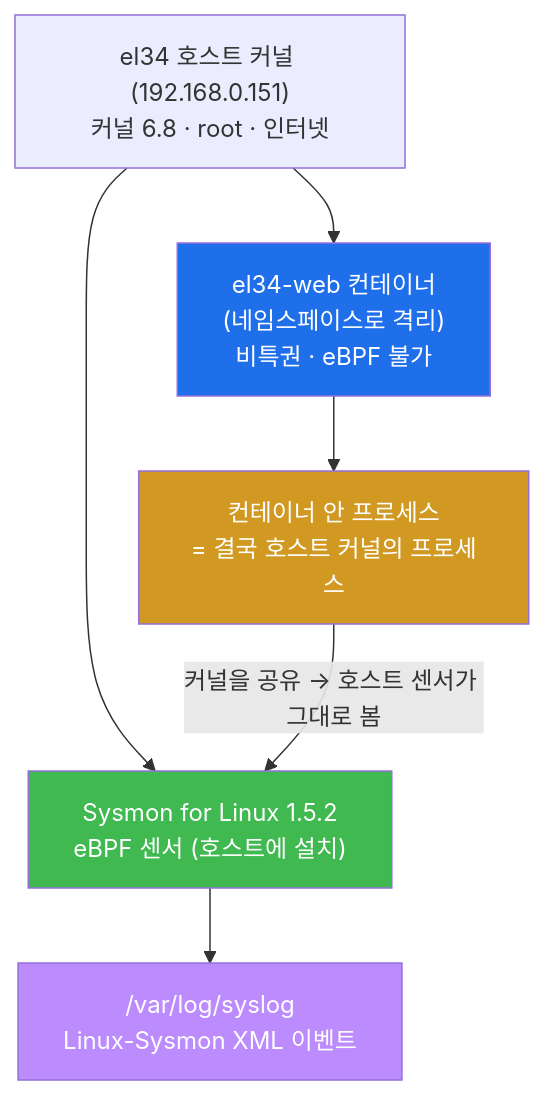
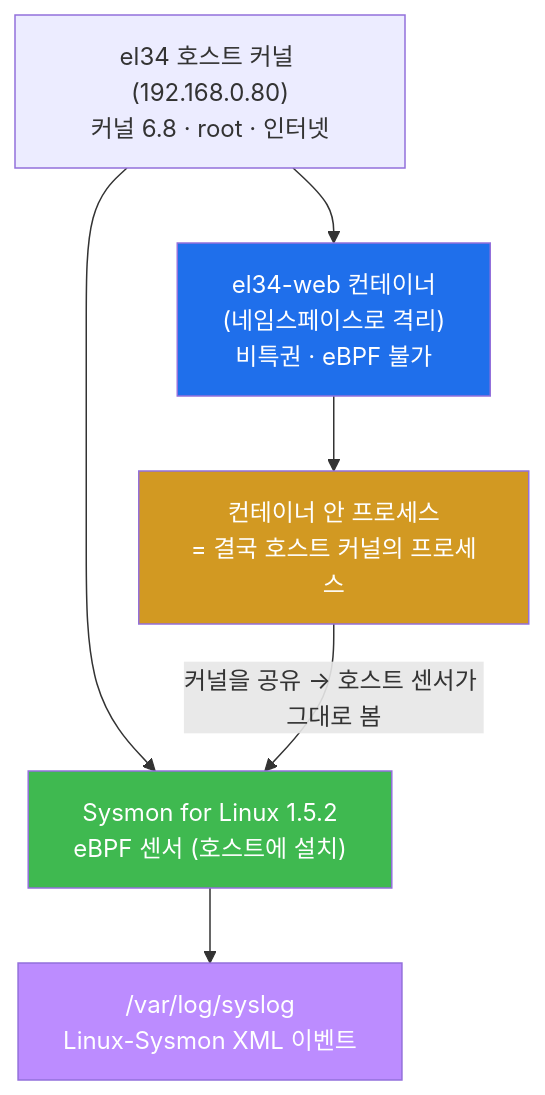
Before and after one commit to mrgrit/tw2: the second of 4 diagrams in contents/training/secuops/lecture_week11.md, drawn with Mermaid. The commit also changed other lines of this file and 119 other files, not shown here.

````diff
--- a/contents/training/secuops/lecture_week11.md
+++ b/contents/training/secuops/lecture_week11.md
@@ -232,17 +232,17 @@
 ```mermaid
 graph TD
-    HK["el34 호스트 커널 (192.168.0.151)<br/>커널 6.8 · root · 인터넷"]
+    HK["el34 호스트 커널 (192.168.0.80)<br/>커널 6.8 · root · 인터넷"]
     SENSOR["Sysmon for Linux 1.5.2<br/>eBPF 센서 (호스트에 설치)"]
     NS1["el34-web 컨테이너<br/>(네임스페이스로 격리)<br/>비특권 · eBPF 불가"]
     PROC["컨테이너 안 프로세스<br/>= 결국 호스트 커널의 프로세스"]
     SYSLOG["/var/log/syslog<br/>Linux-Sysmon XML 이벤트"]
     HK --> SENSOR
     HK --> NS1
     NS1 --> PROC
     PROC -->|"커널을 공유 → 호스트 센서가 그대로 봄"| SENSOR
     SENSOR --> SYSLOG
     style SENSOR fill:#3fb950,color:#fff
     style PROC fill:#d29922,color:#fff
     style NS1 fill:#1f6feb,color:#fff
     style SYSLOG fill:#bc8cff,color:#fff
 ```
````
